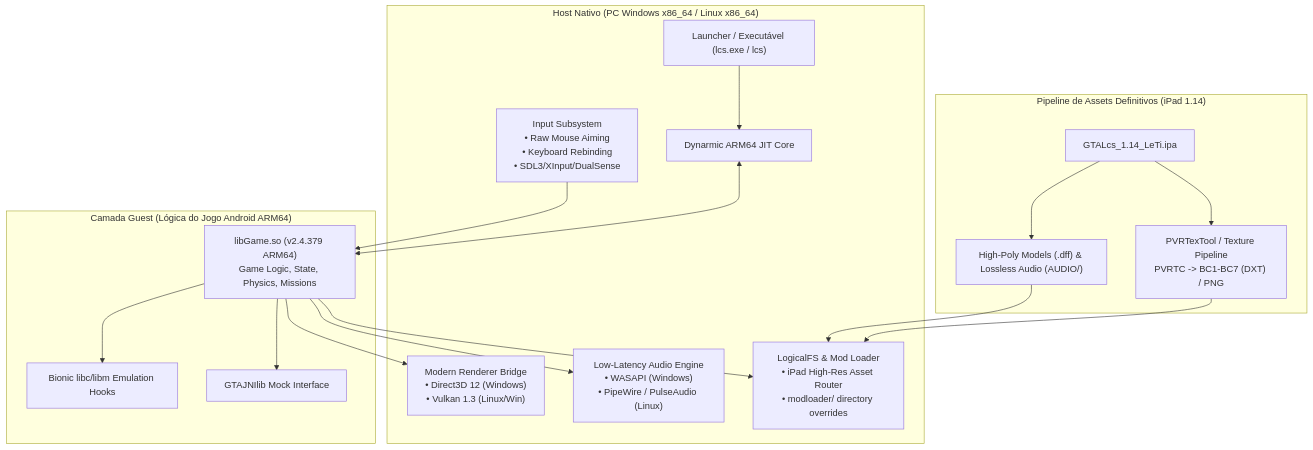
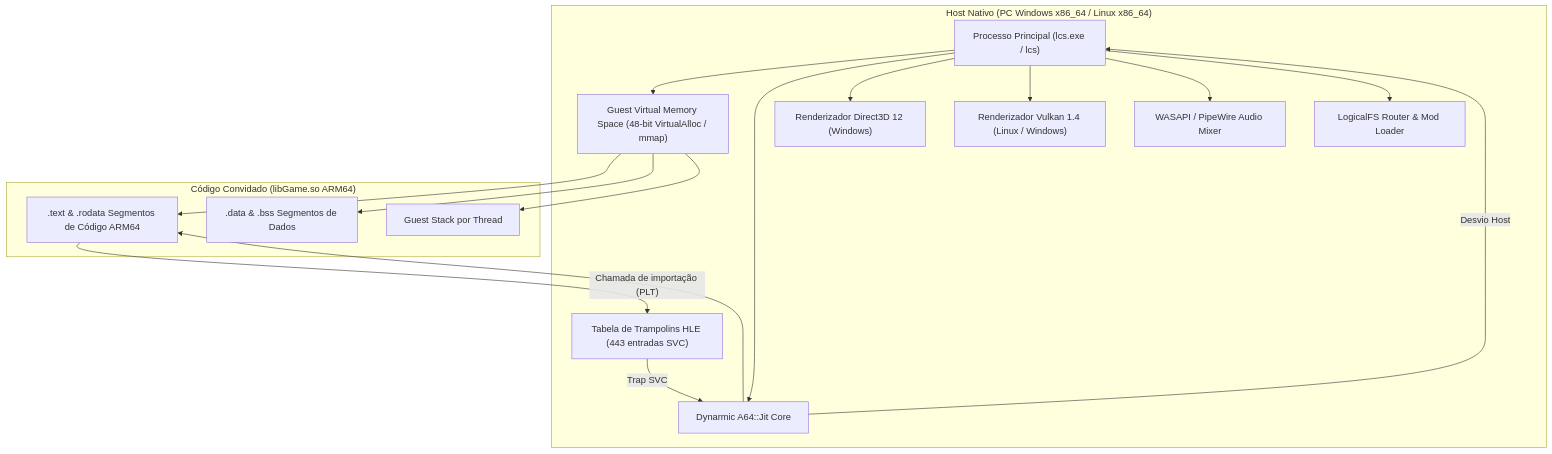
The first of 2 diagrams in PROJECT_PLAN.md (willzmkv/gta-lcs-recomp), drawn with Mermaid before and after one commit. The commit also changed other lines of this file and 5 other files, not shown here.

Commit message:
Upgrade target to Vulkan 1.4, remove emojis, and document full ELF64 symbol and Dynarmic HLE architecture

````diff
--- a/PROJECT_PLAN.md
+++ b/PROJECT_PLAN.md
@@ -31,34 +68,33 @@
 ```mermaid
 flowchart TD
     subgraph Host ["Host Nativo (PC Windows x86_64 / Linux x86_64)"]
-        Launcher["Launcher / Executável (lcs.exe / lcs)"]
-        Dynarmic["Dynarmic ARM64 JIT Core"]
-        Renderers["Modern Renderer Bridge<br/>• Direct3D 12 (Windows)<br/>• Vulkan 1.3 (Linux/Win)"]
-        AudioHost["Low-Latency Audio Engine<br/>• WASAPI (Windows)<br/>• PipeWire / PulseAudio (Linux)"]
-        InputHost["Input Subsystem<br/>• Raw Mouse Aiming<br/>• Keyboard Rebinding<br/>• SDL3/XInput/DualSense"]
-        VFS["LogicalFS & Mod Loader<br/>• iPad High-Res Asset Router<br/>• modloader/ directory overrides"]
+        HostMain["Processo Principal (lcs.exe / lcs)"]
+        JitCore["Dynarmic A64::Jit Core"]
+        GuestMem["Guest Virtual Memory Space (48-bit VirtualAlloc / mmap)"]
+        HLE["Tabela de Trampolins HLE (443 entradas SVC)"]
+        D3D12["Renderizador Direct3D 12 (Windows)"]
+        Vulkan["Renderizador Vulkan 1.4 (Linux / Windows)"]
+        Audio["WASAPI / PipeWire Audio Mixer"]
+        VFS["LogicalFS Router & Mod Loader"]
     end
 
-    subgraph Guest ["Camada Guest (Lógica do Jogo Android ARM64)"]
-        LibGame["libGame.so (v2.4.379 ARM64)<br/>Game Logic, State, Physics, Missions"]
-        BionicStubs["Bionic libc/libm Emulation Hooks"]
-        JNIStubs["GTAJNIlib Mock Interface"]
+    subgraph Guest ["Código Convidado (libGame.so ARM64)"]
+        CodeSeg[".text & .rodata Segmentos de Código ARM64"]
+        DataSeg[".data & .bss Segmentos de Dados"]
+        GuestStack["Guest Stack por Thread"]
     end
 
-    subgraph Assets ["Pipeline de Assets Definitivos (iPad 1.14)"]
-        IPA["GTALcs_1.14_LeTi.ipa"]
-        TexConv["PVRTexTool / Texture Pipeline<br/>PVRTC -> BC1-BC7 (DXT) / PNG"]
-        ModelsAudio["High-Poly Models (.dff) & Lossless Audio (AUDIO/)"]
-    end
-
-    Launcher --> Dynarmic
-    Dynarmic <--> LibGame
-    LibGame --> BionicStubs
-    LibGame --> JNIStubs
-    LibGame --> Renderers
-    LibGame --> AudioHost
-    InputHost --> LibGame
-    LibGame --> VFS
-    IPA --> TexConv --> VFS
-    IPA --> ModelsAudio --> VFS
+    HostMain --> GuestMem
+    GuestMem --> CodeSeg
+    GuestMem --> DataSeg
+    GuestMem --> GuestStack
+    HostMain --> JitCore
+    JitCore --> CodeSeg
+    CodeSeg -- "Chamada de importação (PLT)" --> HLE
+    HLE -- "Trap SVC" --> JitCore
+    JitCore -- "Desvio Host" --> HostMain
+    HostMain --> D3D12
+    HostMain --> Vulkan
+    HostMain --> Audio
+    HostMain --> VFS
 ```
````
